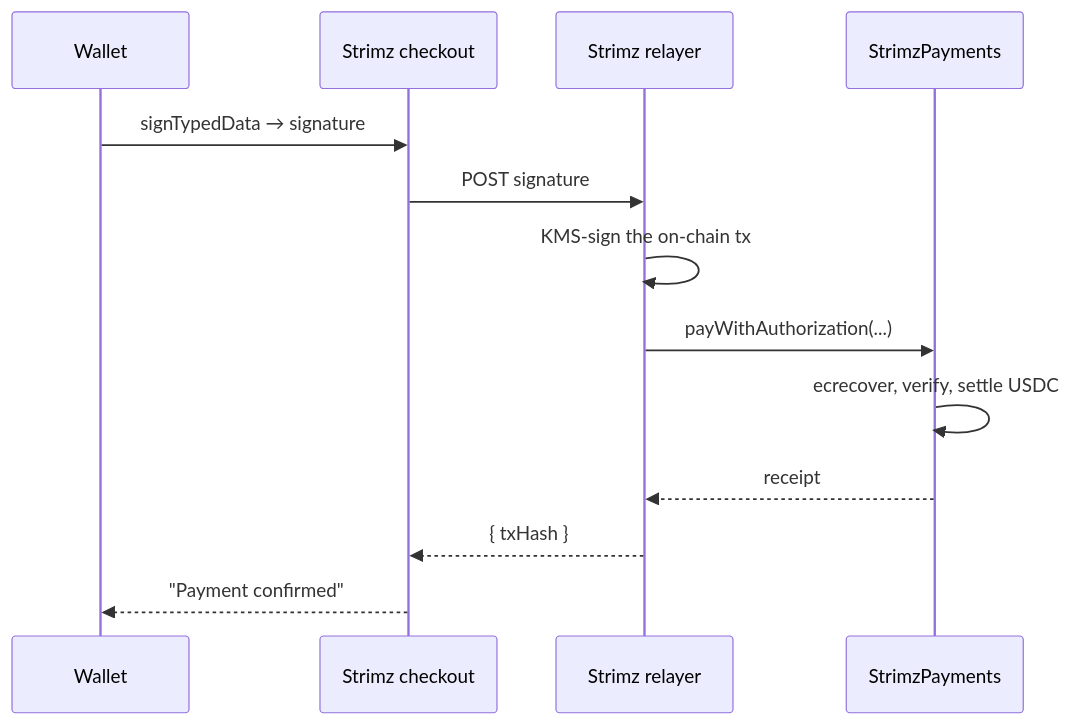
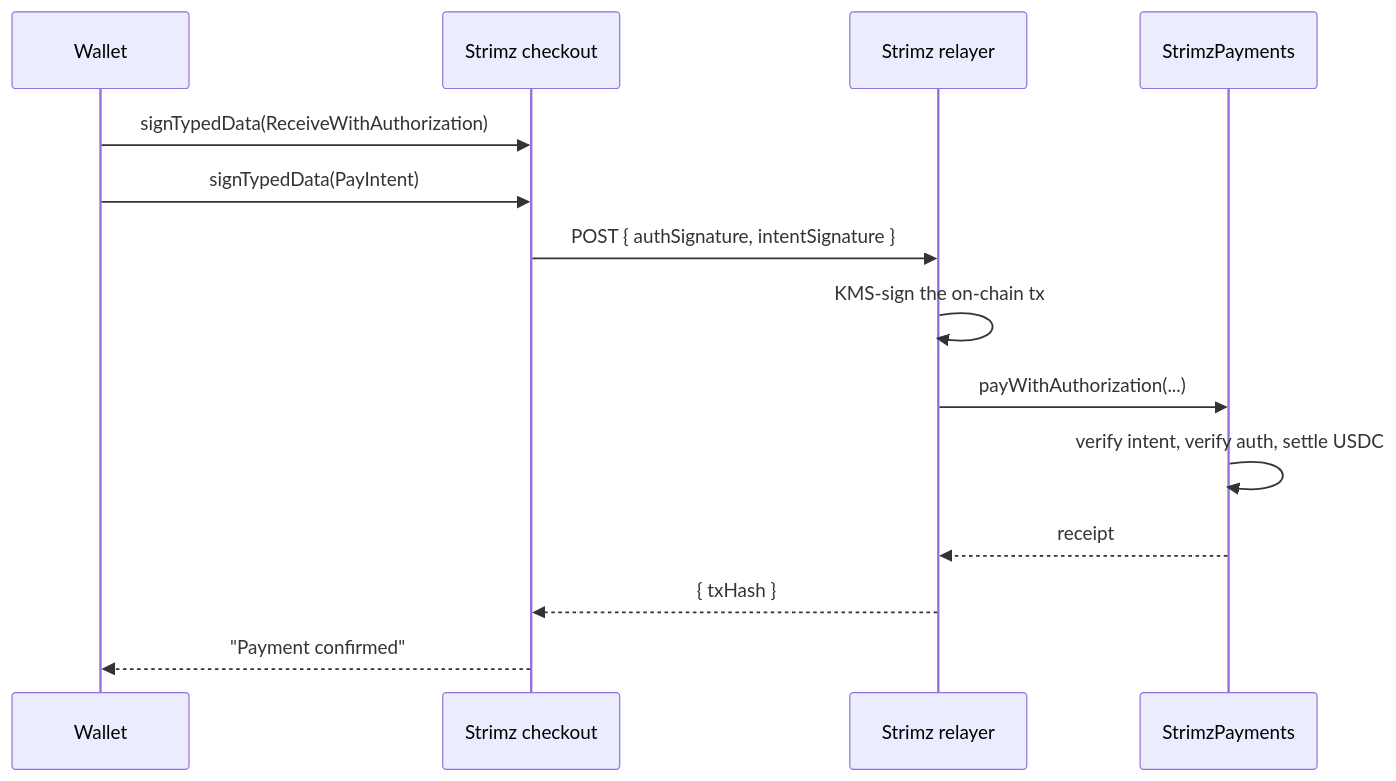
The diagram in apps/web/content/docs/concepts/meta-tx-flow.mdx (StrimzLab/Strimz), drawn with Mermaid before and after one commit. The commit also changed other lines of this file and 407 other files, not shown here.

````diff
--- a/apps/web/content/docs/concepts/meta-tx-flow.mdx
+++ b/apps/web/content/docs/concepts/meta-tx-flow.mdx
@@ -103,15 +120,16 @@
 ```mermaid
 sequenceDiagram
   participant Wallet
   participant Checkout as Strimz checkout
   participant Relay as Strimz relayer
   participant Contract as StrimzPayments
-  Wallet->>Checkout: signTypedData → signature
-  Checkout->>Relay: POST signature
+  Wallet->>Checkout: signTypedData(ReceiveWithAuthorization)
+  Wallet->>Checkout: signTypedData(PayIntent)
+  Checkout->>Relay: POST { authSignature, intentSignature }
   Relay->>Relay: KMS-sign the on-chain tx
   Relay->>Contract: payWithAuthorization(...)
-  Contract->>Contract: ecrecover, verify, settle USDC
+  Contract->>Contract: verify intent, verify auth, settle USDC
   Contract-->>Relay: receipt
   Relay-->>Checkout: { txHash }
   Checkout-->>Wallet: "Payment confirmed"
 ```
````
